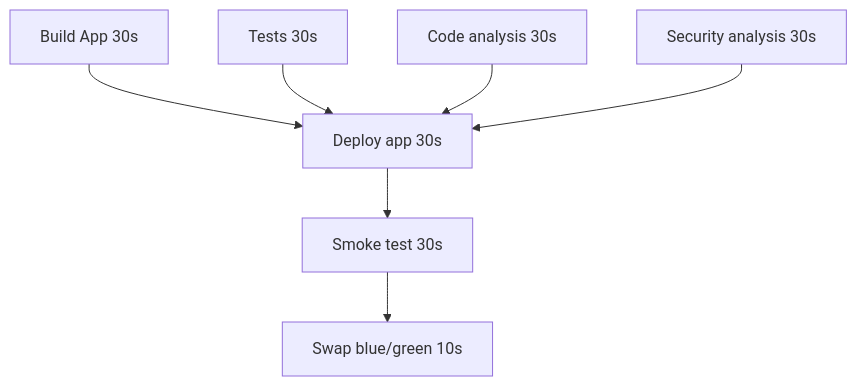
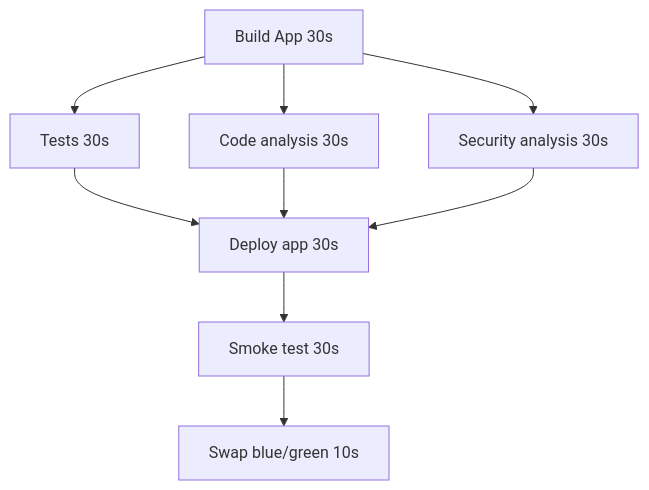
The second of 2 diagrams in README.md (samsmithnz/ParallelPipelinesDemo), drawn with Mermaid before and after one commit.

````diff
--- a/README.md
+++ b/README.md
@@ -11,9 +11,8 @@
 ```mermaid
   graph TD;
-      buildApp[Build App 30s]-->deployApp[Deploy app 30s];
-      tests[Tests 30s]-->deployApp[Deploy app 30s];
-      codeAnalysis[Code analysis 30s]-->deployApp[Deploy app 30s];
-      securityAnalysis[Security analysis 30s]-->deployApp[Deploy app 30s];
+      buildApp[Build App 30s]-->tests[Tests 30s]-->deployApp[Deploy app 30s];
+      buildApp[Build App 30s]-->codeAnalysis[Code analysis 30s]-->deployApp[Deploy app 30s];
+      buildApp[Build App 30s]-->securityAnalysis[Security analysis 30s]-->deployApp[Deploy app 30s];
       deployApp[Deploy app 30s]-->smoke[Smoke test 30s];
       smoke[Smoke test 30s]-->swap[Swap blue/green 10s];
 ```
````
